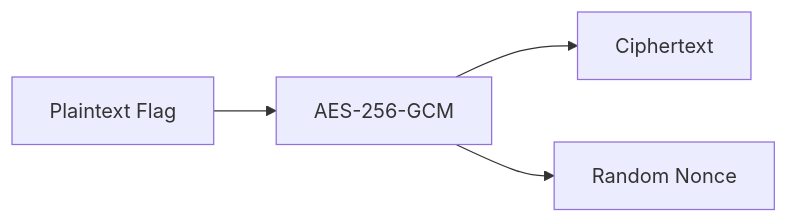
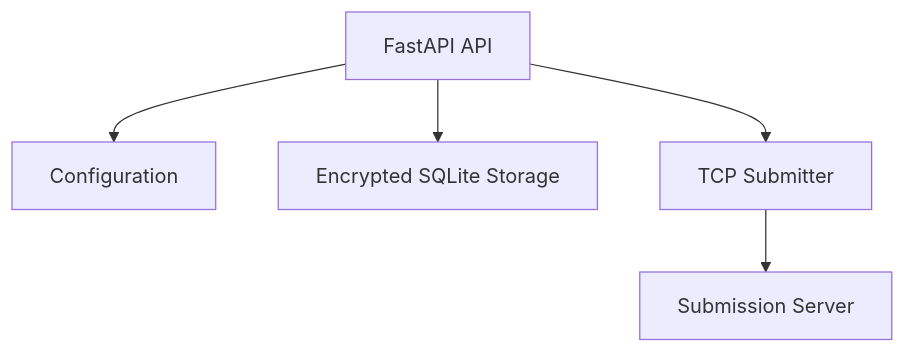
The second of 12 diagrams in README.md (Denis-Krueger-labs/MOTH), drawn with Mermaid before and after one commit. The commit also changed other lines of this file and 2 other files, not shown here.

Commit message:
mof documented the nest and wired the flag path

````diff
--- a/README.md
+++ b/README.md
@@ -189,6 +126,14 @@
 ```mermaid
-flowchart LR
-    F[Plaintext Flag] --> A[AES-256-GCM]
-    A --> C[Ciphertext]
-    A --> N[Random Nonce]
+flowchart TB
+    API[FastAPI API]
+
+    CONFIG[Configuration]
+    DB[Encrypted SQLite Storage]
+    SUB[TCP Submitter]
+
+    API --> CONFIG
+    API --> DB
+    API --> SUB
+
+    SUB --> GS[Submission Server]
 ```
````
